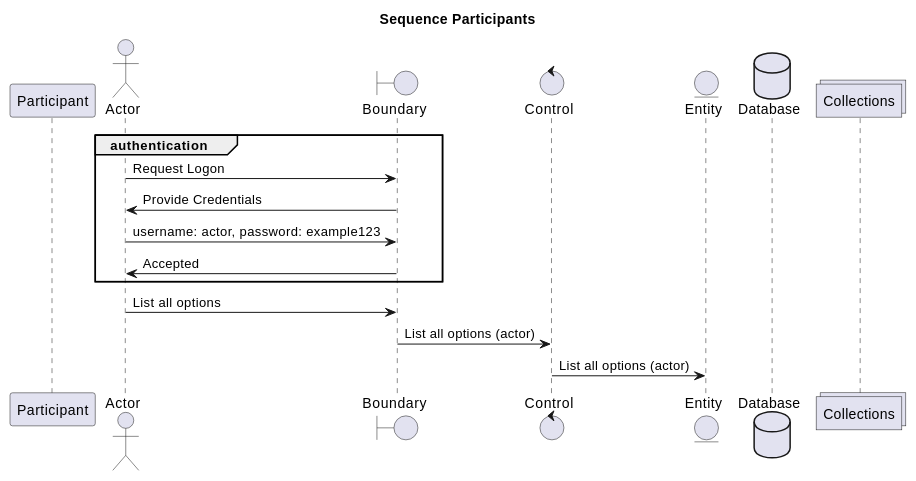
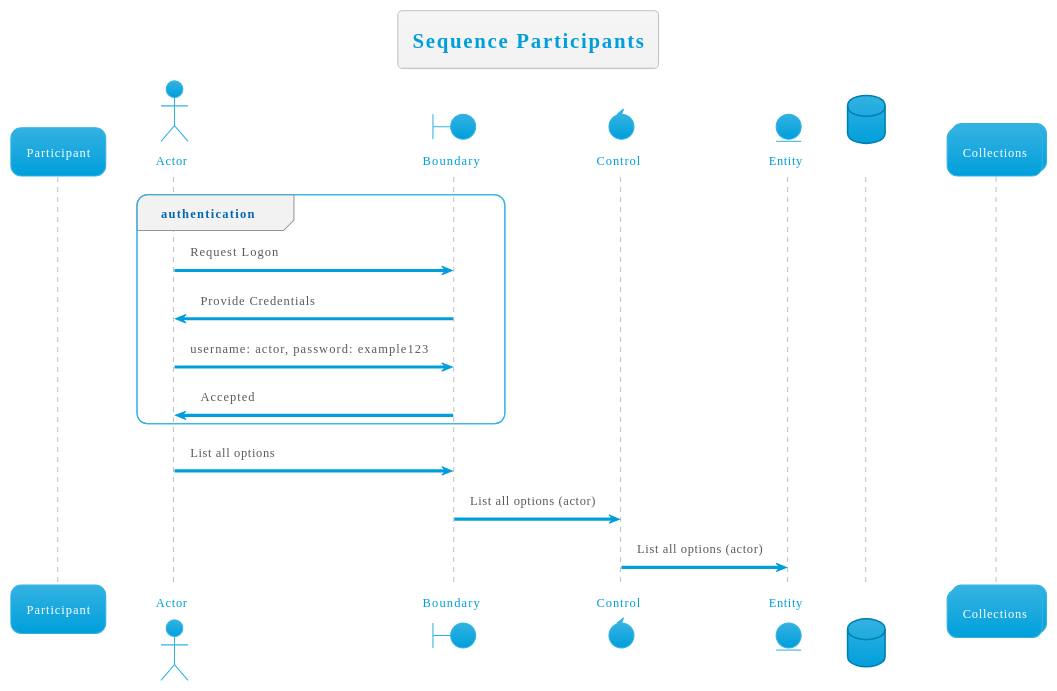
Before and after one commit to mattjhayes/PlantUML-Examples: the third of 6 diagrams in docs/Diagram-Types/diagram-types.md, drawn with PlantUML. The commit also changed other lines of this file and 3 other files, not shown here.

Commit message:
Improved sequence diagrams and added theme example

````diff
--- a/docs/Diagram-Types/diagram-types.md
+++ b/docs/Diagram-Types/diagram-types.md
@@ -42,23 +105,25 @@
 ```plantuml
 @startuml
+!theme bluegray
 title Sequence Participants
+
 ' Specify the participants left to right:
 participant Participant
 actor Actor
 boundary Boundary
 control Control
 entity Entity
 database Database
 collections Collections
 ' Specify the events (in order):
 group authentication
     Actor -> Boundary: Request Logon
     Boundary -> Actor: Provide Credentials
     Actor -> Boundary: username: actor, password: example123
     Boundary -> Actor: Accepted
 end
 Actor -> Boundary: List all options
 Boundary -> Control: List all options (actor)
 Control -> Entity: List all options (actor)
 @enduml
 ```
````
